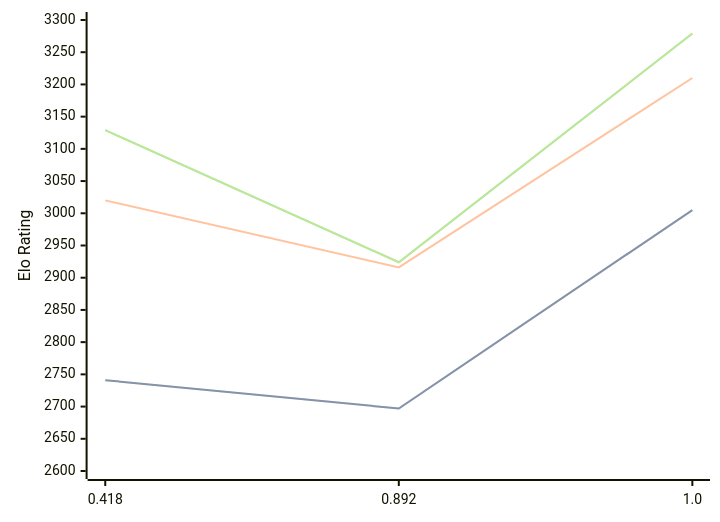
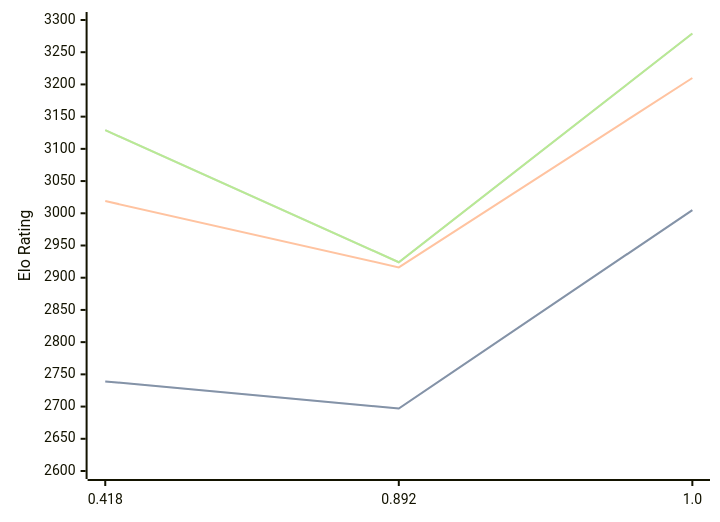
One commit to computer-chess-index/cci changed the diagram in engines/Malika.md. Above: the diagram before and after it, drawn with Mermaid. The commit also changed other lines of this file, not shown here.

Commit message:
Update CCI Ratings (ELO VLTC) - 2026-04-07

````diff
--- a/engines/Malika.md
+++ b/engines/Malika.md
@@ -33,11 +33,11 @@
 ```mermaid
 %%{init: {"theme":"base","themeVariables":{"seriesColors:['#a3a3a3','#222221','#faa371']}}}%%
 xychart-beta
   x-axis ["0.418", "0.892", "1.0"]
   y-axis "Elo Rating" 2600 --> 3300
-  line "STC (8.0+0.08s)" [2741, 2697, 3005]
-  line "STC (8.0+0.08s)" [2741, 2697, 3005]
-  line "LTC (60.0+0.60s)" [3020, 2916, 3210]
+  line "STC (8.0+0.08s)" [2739, 2697, 3005]
+  line "STC (8.0+0.08s)" [2739, 2697, 3005]
+  line "LTC (60.0+0.60s)" [3019, 2916, 3210]
   line "VLTC (2m24s+1.12s)" [3129, 2924, 3279]
   line "VLTC (2m24s+1.12s)" [3129, 2924, 3279]
 ```
````
